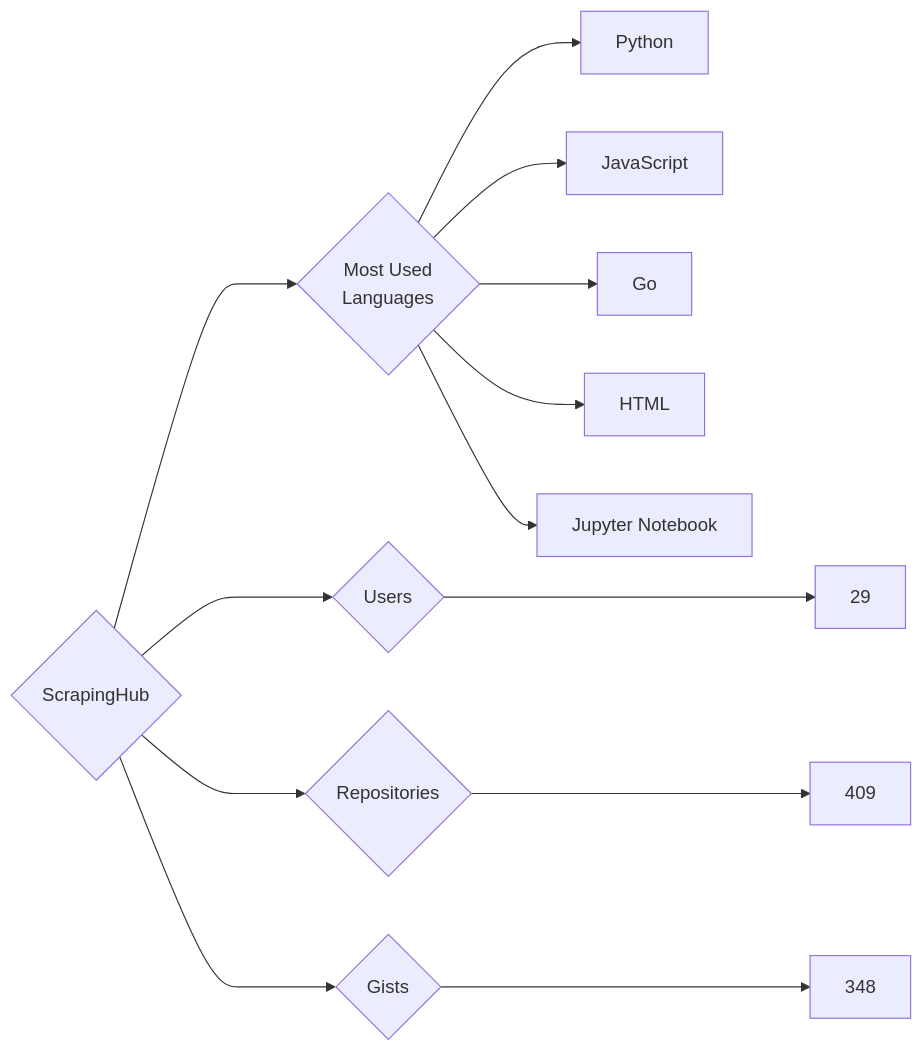
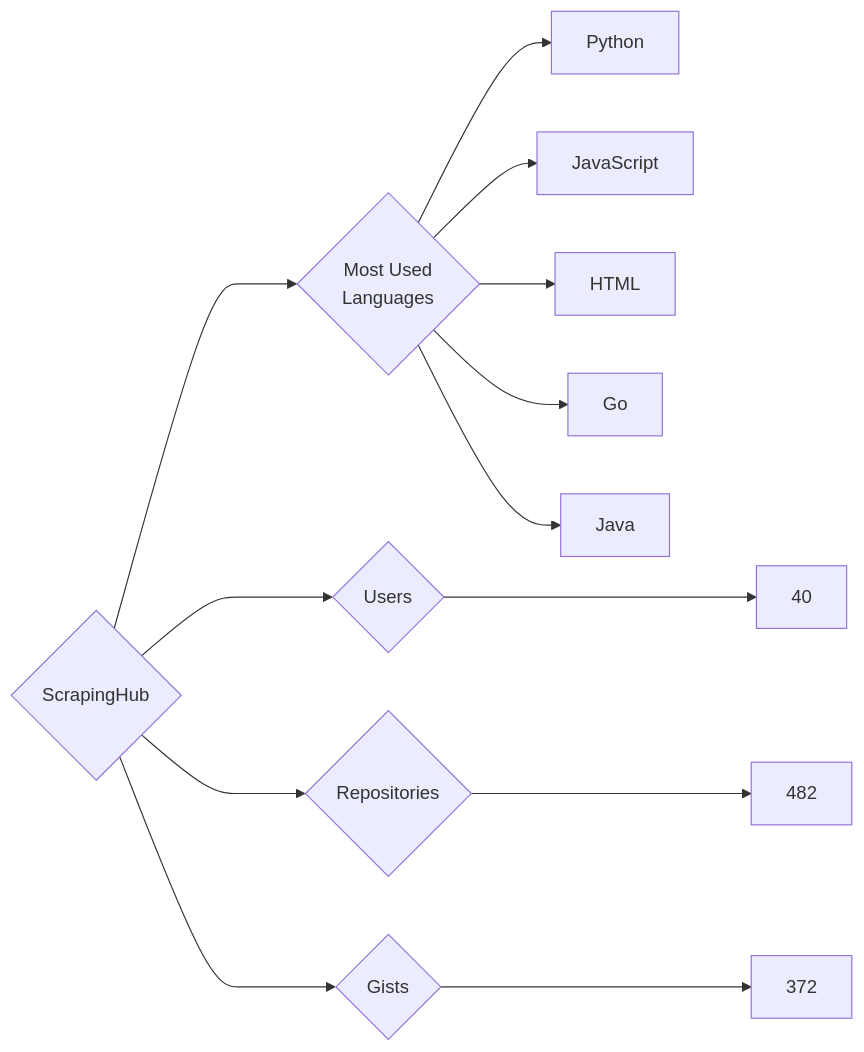
Before and after one commit to trickest/insiders: the diagram in targets/ScrapingHub/README.md, drawn with Mermaid. The commit also changed 715 other files, not shown here.

````diff
--- a/targets/ScrapingHub/README.md
+++ b/targets/ScrapingHub/README.md
@@ -3,13 +3,13 @@
 ```mermaid
 graph LR
 COMPANY_NAME{ScrapingHub}
-COMPANY_NAME ---> U{Users} ---> UN[29]
-COMPANY_NAME ---> R{Repositories} ---> RN[409]
-COMPANY_NAME ---> G{Gists} ---> GN[348]
+COMPANY_NAME ---> U{Users} ---> UN[40]
+COMPANY_NAME ---> R{Repositories} ---> RN[482]
+COMPANY_NAME ---> G{Gists} ---> GN[372]
 COMPANY_NAME ---> ML{Most Used<br>Languages}
 ML --> Python[Python]
 ML --> JavaScript[JavaScript]
+ML --> HTML[HTML]
 ML --> Go[Go]
-ML --> HTML[HTML]
-ML --> Jupyter_Notebook[Jupyter Notebook]
+ML --> Java[Java]
 ```
````
